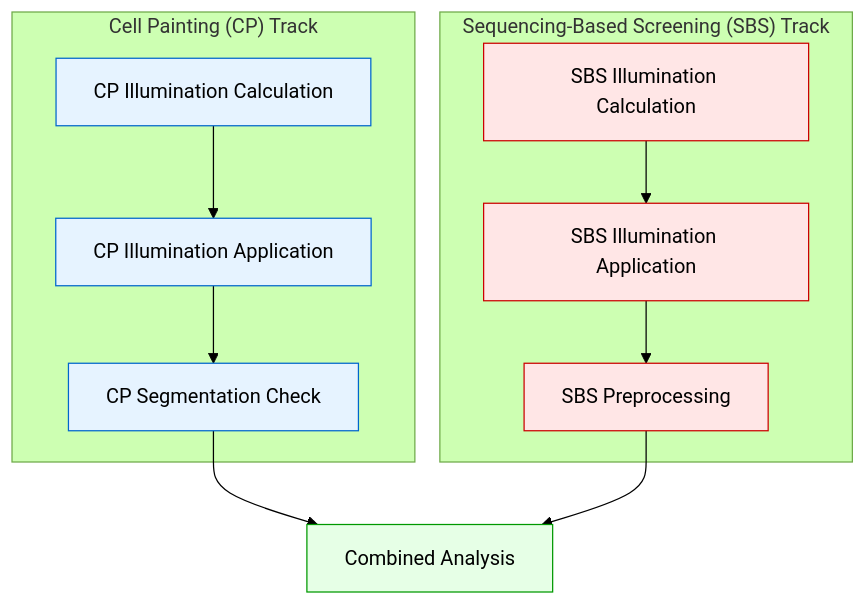
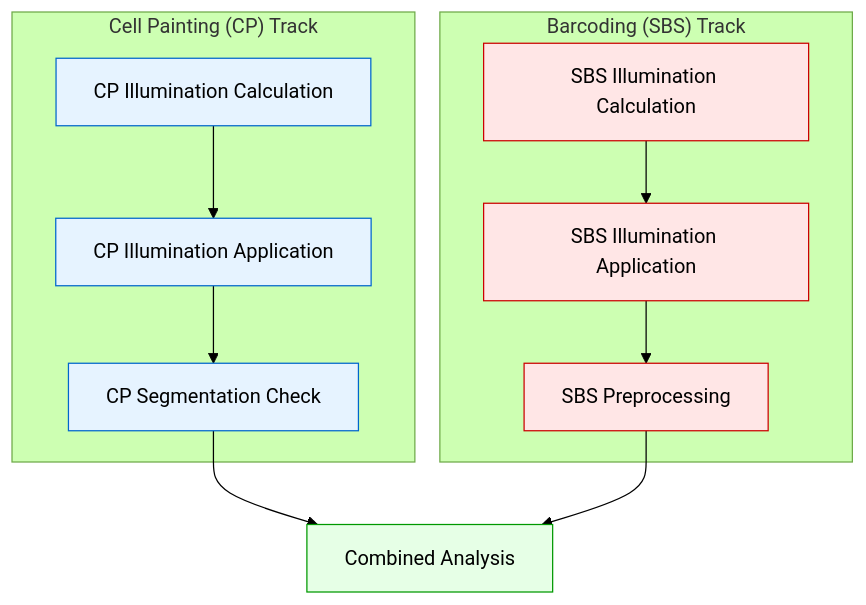
Before and after one commit to broadinstitute/starrynight: the diagram in docs/user/example-pipeline-cli.md, drawn with Mermaid (forest theme). The commit also changed other lines of this file and 3 other files, not shown here.

First line of the commit message:
docs: enhance documentation flow and usability between workflow guides

````diff
--- a/docs/user/example-pipeline-cli.md
+++ b/docs/user/example-pipeline-cli.md
@@ -27,25 +25,25 @@
 ```mermaid
 flowchart TD
     subgraph "Cell Painting (CP) Track"
         CP1["CP Illumination Calculation"] -->
         CP2["CP Illumination Application"] -->
         CP3["CP Segmentation Check"]
     end
 
-    subgraph "Sequencing-Based Screening (SBS) Track"
+    subgraph "Barcoding (SBS) Track"
         SBS1["SBS Illumination Calculation"] -->
         SBS2["SBS Illumination Application"] -->
         SBS3["SBS Preprocessing"]
     end
 
     CP3 & SBS3 --> Analysis["Combined Analysis"]
 
     %% Styling
     classDef cpTrack fill:#e6f3ff,stroke:#0066cc
     classDef sbsTrack fill:#ffe6e6,stroke:#cc0000
     classDef analysisStep fill:#e6ffe6,stroke:#009900
 
     class CP1,CP2,CP3 cpTrack
     class SBS1,SBS2,SBS3 sbsTrack
     class Analysis analysisStep
 ```
````
